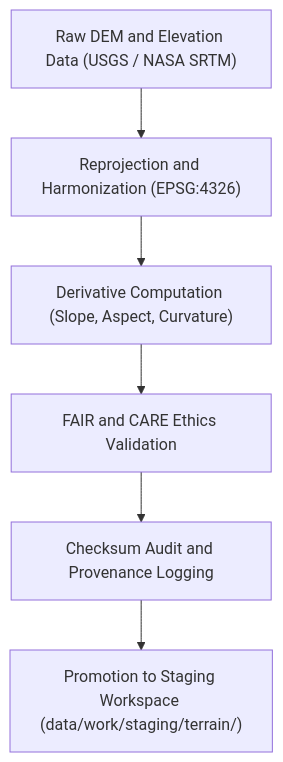
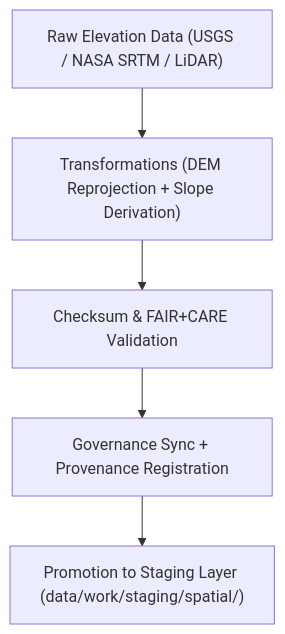
One commit to bartytime4life/Kansas-Frontier-Matrix changed the diagram in data/work/tmp/terrain/README.md. Above: the diagram before and after it, drawn with Mermaid. The commit also changed other lines of this file, not shown here.

````diff
--- a/data/work/tmp/terrain/README.md
+++ b/data/work/tmp/terrain/README.md
@@ -81,8 +81,7 @@
 ```mermaid
 flowchart TD
-    A["Raw DEM and Elevation Data (USGS / NASA SRTM)"] --> B["Reprojection and Harmonization (EPSG:4326)"]
-    B --> C["Derivative Computation (Slope, Aspect, Curvature)"]
-    C --> D["FAIR and CARE Ethics Validation"]
-    D --> E["Checksum Audit and Provenance Logging"]
-    E --> F["Promotion to Staging Workspace (data/work/staging/terrain/)"]
+    A["Raw Elevation Data (USGS / NASA SRTM / LiDAR)"] --> B["Transformations (DEM Reprojection + Slope Derivation)"]
+    B --> C["Checksum & FAIR+CARE Validation"]
+    C --> D["Governance Sync + Provenance Registration"]
+    D --> E["Promotion to Staging Layer (data/work/staging/spatial/)"]
 ```
````
